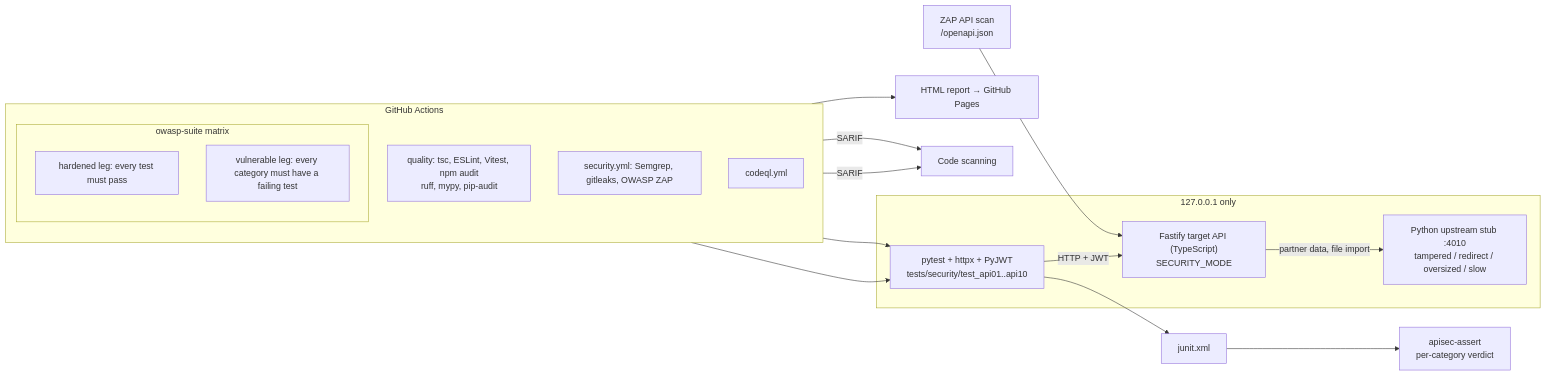
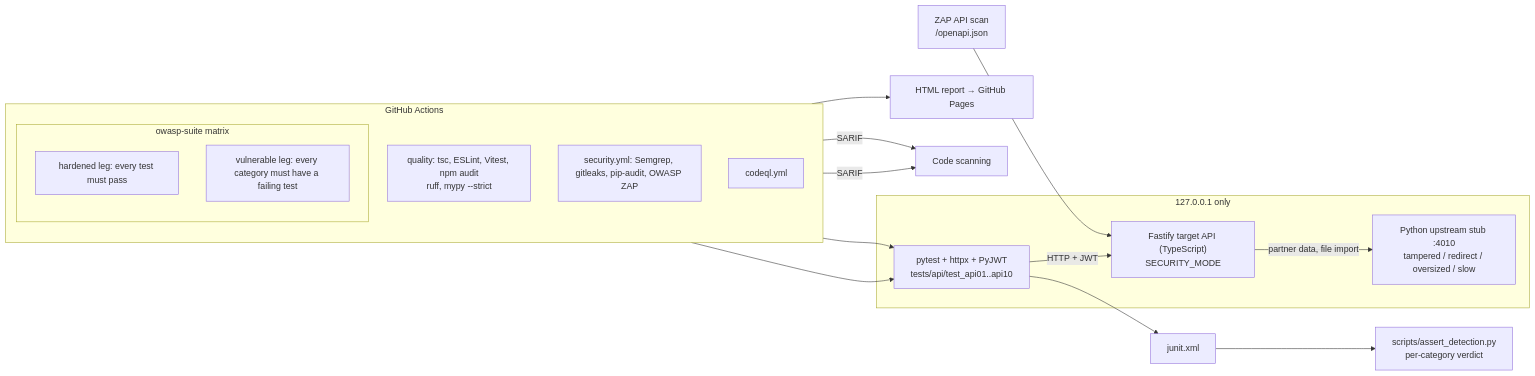
Before and after one commit to yonduudontaxx/api-security-test-suite: the diagram in README.md, drawn with Mermaid. The commit also changed other lines of this file and 16 other files, not shown here.

Commit message:
Move the Python suite to tests/api, the detection check to scripts/, and pip-audit into security.yml (#2)

````diff
--- a/README.md
+++ b/README.md
@@ -17,26 +17,26 @@
 ```mermaid
 flowchart LR
   subgraph CI["GitHub Actions"]
     direction TB
-    Q["quality: tsc, ESLint, Vitest, npm audit<br/>ruff, mypy, pip-audit"]
+    Q["quality: tsc, ESLint, Vitest, npm audit<br/>ruff, mypy --strict"]
     subgraph M["owasp-suite matrix"]
       H["hardened leg: every test must pass"]
       V["vulnerable leg: every category must have a failing test"]
     end
-    S["security.yml: Semgrep, gitleaks, OWASP ZAP"]
+    S["security.yml: Semgrep, gitleaks, pip-audit, OWASP ZAP"]
     C["codeql.yml"]
   end
 
   subgraph Runtime["127.0.0.1 only"]
-    PW["pytest + httpx + PyJWT<br/>tests/security/test_api01..api10"] -->|HTTP + JWT| API["Fastify target API (TypeScript)<br/>SECURITY_MODE"]
+    PW["pytest + httpx + PyJWT<br/>tests/api/test_api01..api10"] -->|HTTP + JWT| API["Fastify target API (TypeScript)<br/>SECURITY_MODE"]
     API -->|partner data, file import| UP["Python upstream stub :4010<br/>tampered / redirect / oversized / slow"]
   end
 
   H --> PW
   V --> PW
-  PW --> JSON["junit.xml"] --> A["apisec-assert<br/>per-category verdict"]
+  PW --> JSON["junit.xml"] --> A["scripts/assert_detection.py<br/>per-category verdict"]
   H --> R["HTML report → GitHub Pages"]
   S -->|SARIF| CS["Code scanning"]
   C -->|SARIF| CS
   ZAP["ZAP API scan<br/>/openapi.json"] --> API
 ```
````
